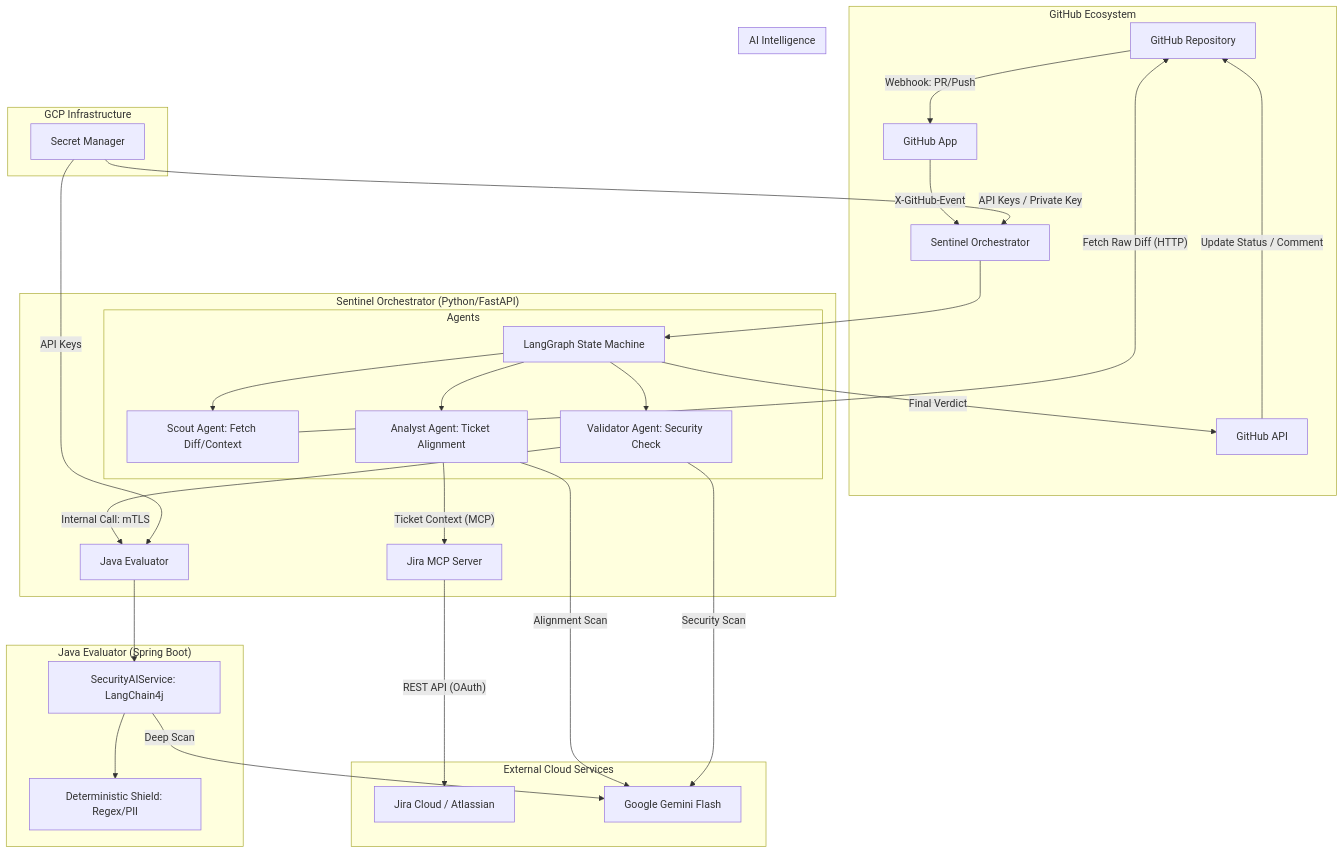
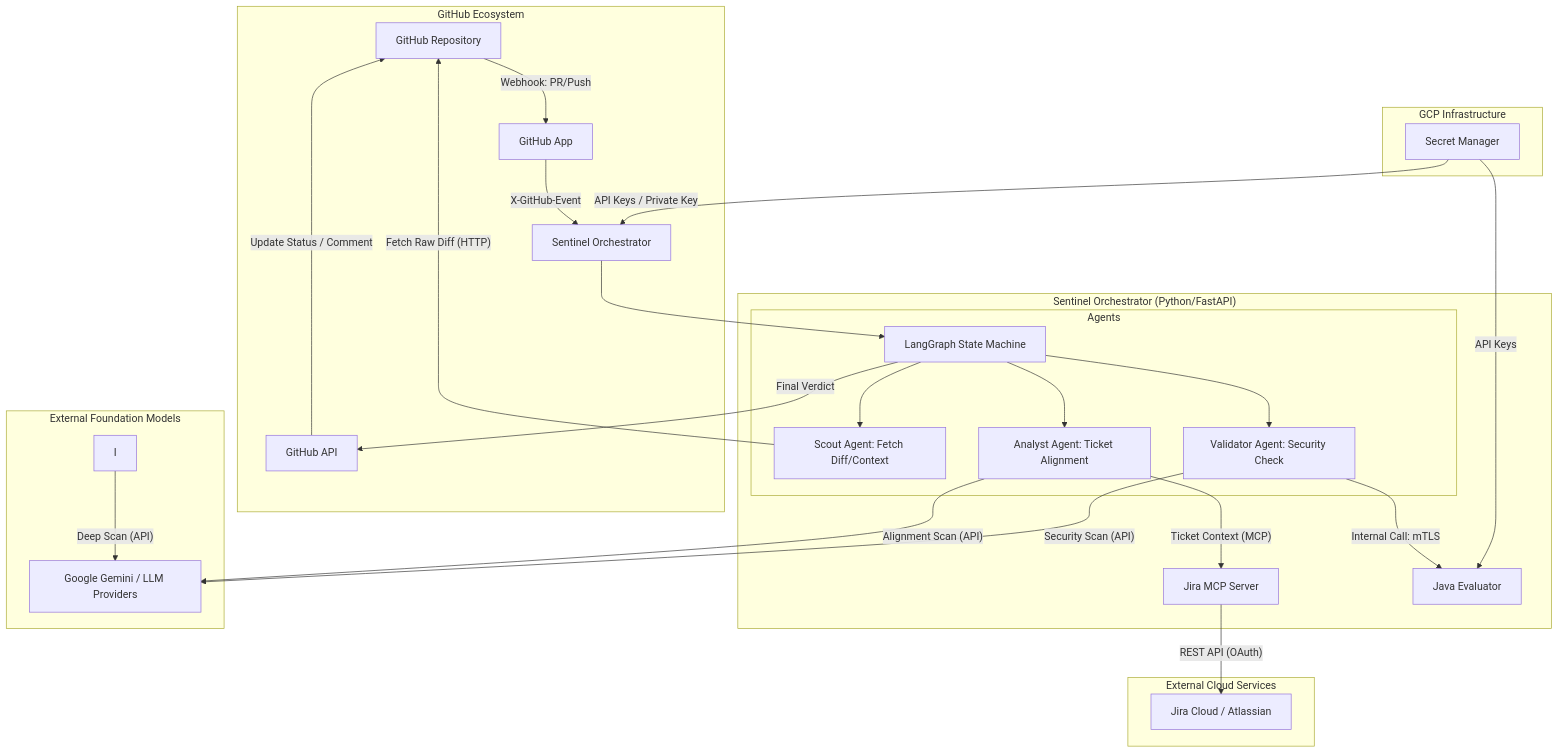
Before and after one commit to tbrom/pr-compliance-agent: the diagram in README.md, drawn with Mermaid.

Commit message:
docs: Highlight model agnostic architecture in diagram

````diff
--- a/README.md
+++ b/README.md
@@ -11,42 +11,36 @@
 ```mermaid
 graph TB
     subgraph "GitHub Ecosystem"
         A[GitHub Repository] -- Webhook: PR/Push --> B[GitHub App]
         B -- X-GitHub-Event --> C[Sentinel Orchestrator]
         K[GitHub API] -- Update Status / Comment --> A
     end
 
     subgraph "Sentinel Orchestrator (Python/FastAPI)"
         C --> D[LangGraph State Machine]
         subgraph "Agents"
             D --> E[Scout Agent: Fetch Diff/Context]
             D --> F[Analyst Agent: Ticket Alignment]
             D --> G[Validator Agent: Security Check]
         end
         E -- Fetch Raw Diff (HTTP) --> A
         F -- Ticket Context (MCP) --> N[Jira MCP Server]
         G -- Internal Call: mTLS --> H[Java Evaluator]
         D -- Final Verdict --> K
     end
 
+    subgraph "External Foundation Models"
+        F -- Alignment Scan (API) --> L[Google Gemini / LLM Providers]
+        G -- Security Scan (API) --> L
+        I -- Deep Scan (API) --> L
+    end
+
     subgraph "External Cloud Services"
         N -- REST API (OAuth) --> O[Jira Cloud / Atlassian]
-        L
-    end
-
-    subgraph "Java Evaluator (Spring Boot)"
-        H --> I[SecurityAIService: LangChain4j]
-        I --> J[Deterministic Shield: Regex/PII]
-    end
-
-    subgraph "AI Intelligence"
-        F -- Alignment Scan --> L[Google Gemini Flash]
-        G -- Security Scan --> L
-        I -- Deep Scan --> L
     end
 
     subgraph "GCP Infrastructure"
         M[Secret Manager] -- API Keys / Private Key --> C
         M -- API Keys --> H
     end
 ```
````
